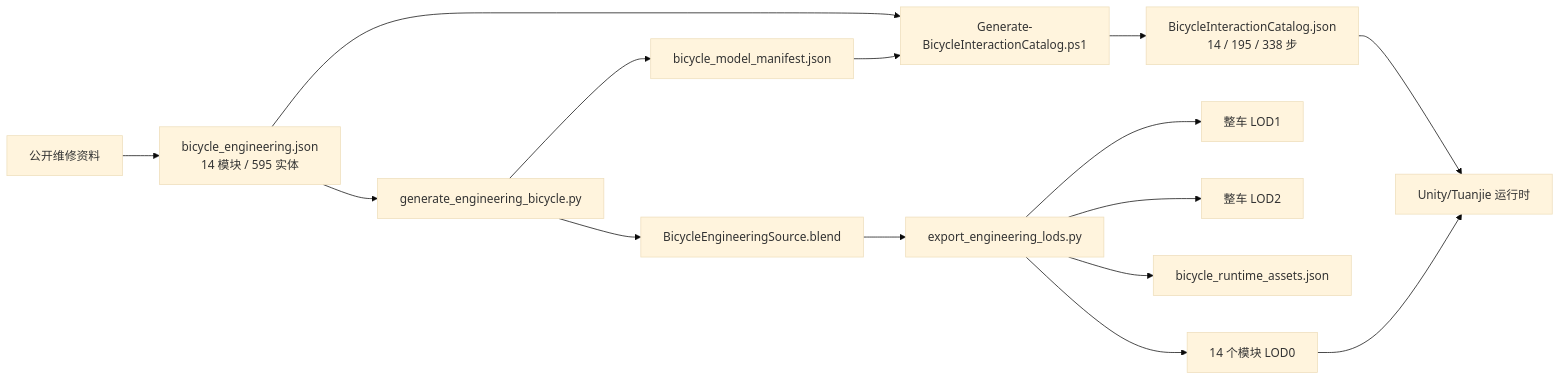
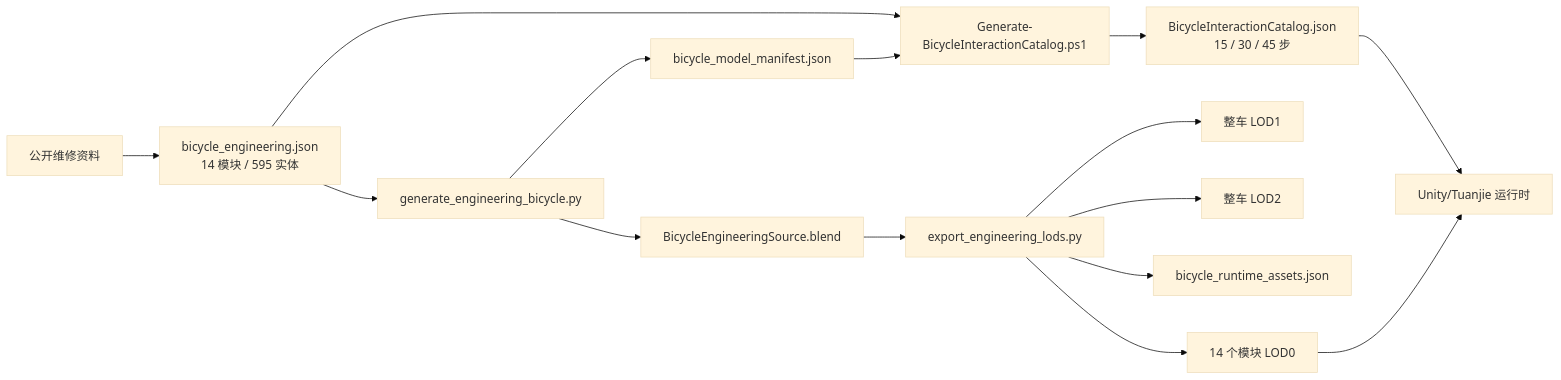
Before and after one commit to arsene56/mech-master: the first of 3 diagrams in Docs/ARCHITECTURE.md, drawn with Mermaid (base theme). The commit also changed other lines of this file and 39 other files, not shown here.

````diff
--- a/Docs/ARCHITECTURE.md
+++ b/Docs/ARCHITECTURE.md
@@ -16,17 +16,17 @@
 ```mermaid
 flowchart LR
     Manual[公开维修资料] --> BOM[bicycle_engineering.json<br/>14 模块 / 595 实体]
     BOM --> SourceScript[generate_engineering_bicycle.py]
     SourceScript --> Blend[BicycleEngineeringSource.blend]
     SourceScript --> ModelMap[bicycle_model_manifest.json]
     Blend --> LODScript[export_engineering_lods.py]
     LODScript --> LOD0[14 个模块 LOD0]
     LODScript --> LOD1[整车 LOD1]
     LODScript --> LOD2[整车 LOD2]
     LODScript --> RuntimeMap[bicycle_runtime_assets.json]
     BOM --> CatalogScript[Generate-BicycleInteractionCatalog.ps1]
     ModelMap --> CatalogScript
-    CatalogScript --> Plans[BicycleInteractionCatalog.json<br/>14 / 195 / 338 步]
+    CatalogScript --> Plans[BicycleInteractionCatalog.json<br/>15 / 30 / 45 步]
     Plans --> Runtime[Unity/Tuanjie 运行时]
     LOD0 --> Runtime
 ```
````
